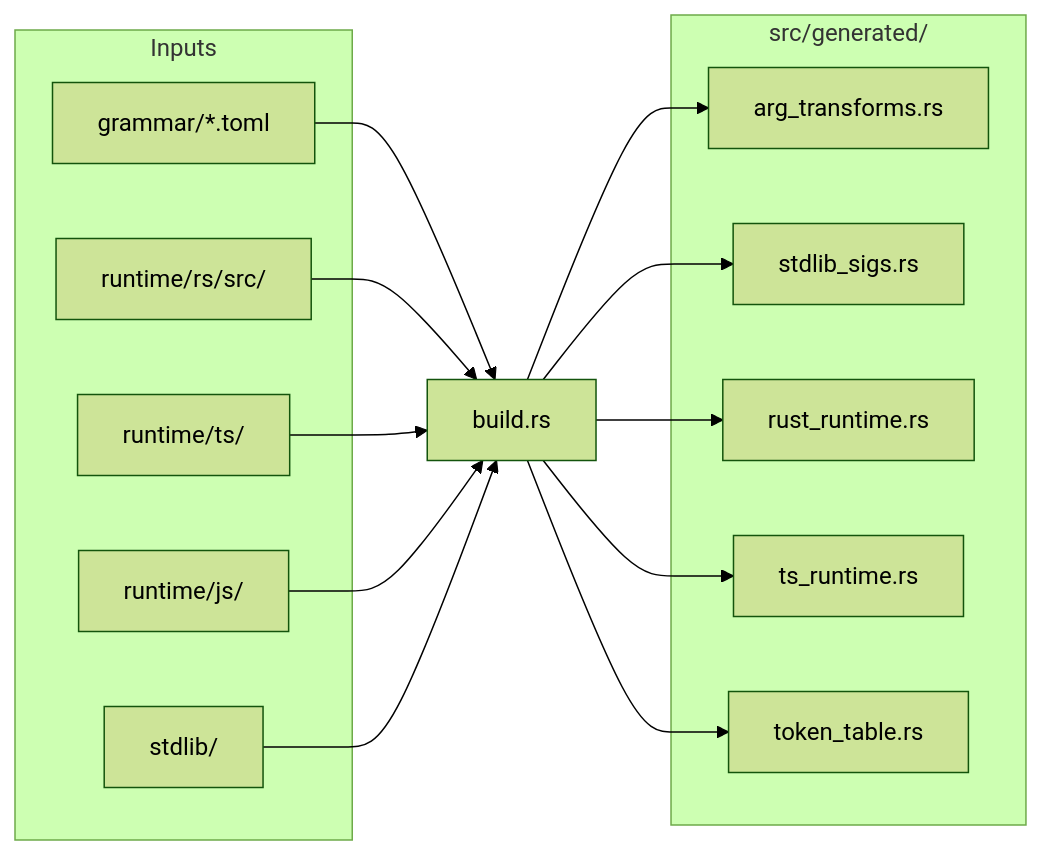
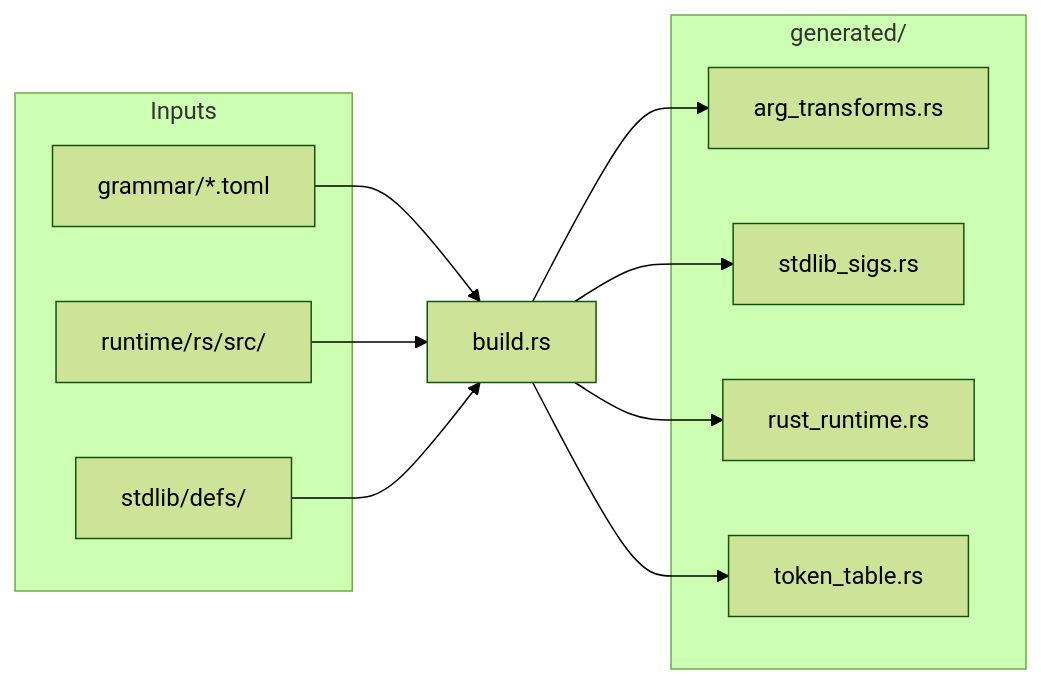
Before and after one commit to almide/docs: the first of 3 diagrams in src/content/docs/design/architecture.mdx, drawn with Mermaid (forest theme). The commit also changed other lines of this file and 11 other files, not shown here.

Commit message:
Update docs for v0.13.1: add self-update, fix stdlib pages, rewrite architecture, add sidebar modules

````diff
--- a/src/content/docs/design/architecture.mdx
+++ b/src/content/docs/design/architecture.mdx
@@ -16,28 +16,22 @@
 ```mermaid
 graph LR
   subgraph Inputs
     G["grammar/*.toml"]
     RR["runtime/rs/src/"]
-    RT["runtime/ts/"]
-    RJ["runtime/js/"]
-    S["stdlib/"]
+    S["stdlib/defs/"]
   end
   B["build.rs"]
-  subgraph "src/generated/"
+  subgraph "generated/"
     AT["arg_transforms.rs"]
     SS["stdlib_sigs.rs"]
     RRT["rust_runtime.rs"]
-    TSR["ts_runtime.rs"]
     TT["token_table.rs"]
   end
   G --> B
   RR --> B
-  RT --> B
-  RJ --> B
   S --> B
   B --> AT
   B --> SS
   B --> RRT
-  B --> TSR
   B --> TT
 ```
````
